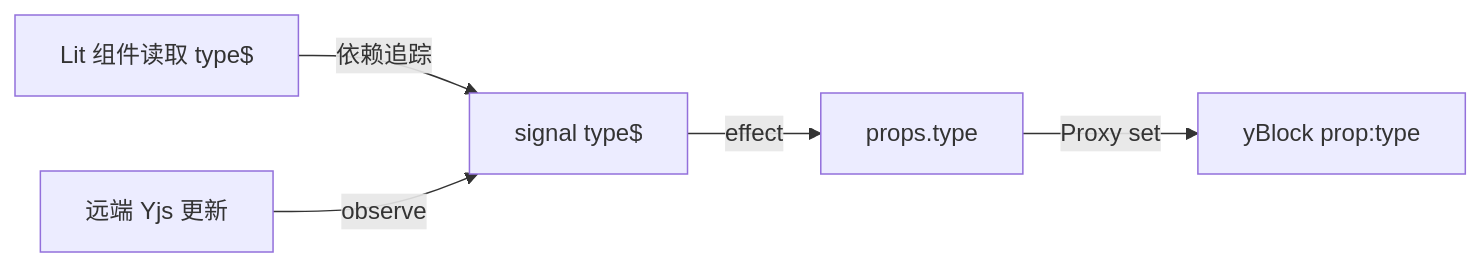
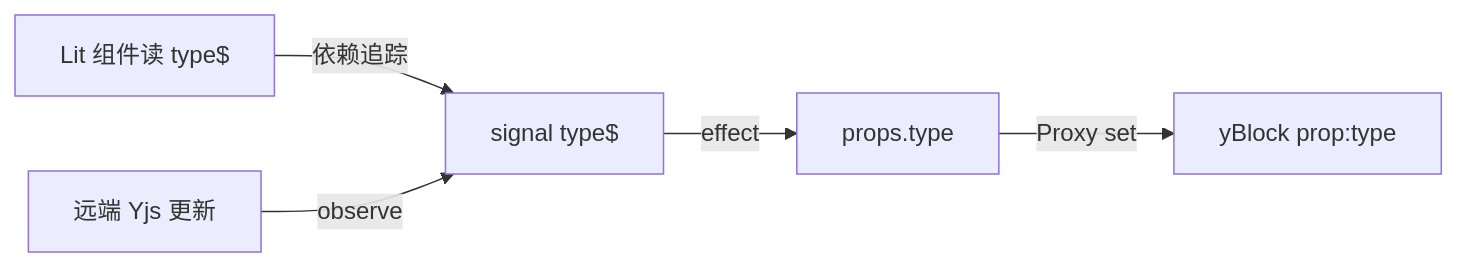
The second of 3 diagrams in learning-guide/slides/decks/06.md (lfire/AFFiNE), drawn with Mermaid before and after one commit. The commit also changed other lines of this file and 46 other files, not shown here.

````diff
--- a/learning-guide/slides/decks/06.md
+++ b/learning-guide/slides/decks/06.md
@@ -327,7 +343,7 @@
 ```mermaid
 flowchart LR
-  UI["Lit 组件读取 type$"] -->|依赖追踪| S["signal type$"]
+  UI["Lit 组件读 type$"] -->|依赖追踪| S["signal type$"]
   S -->|effect| P["props.type"]
   P -->|Proxy set| Y["yBlock prop:type"]
   Remote["远端 Yjs 更新"] -->|observe| S
 ```
````
